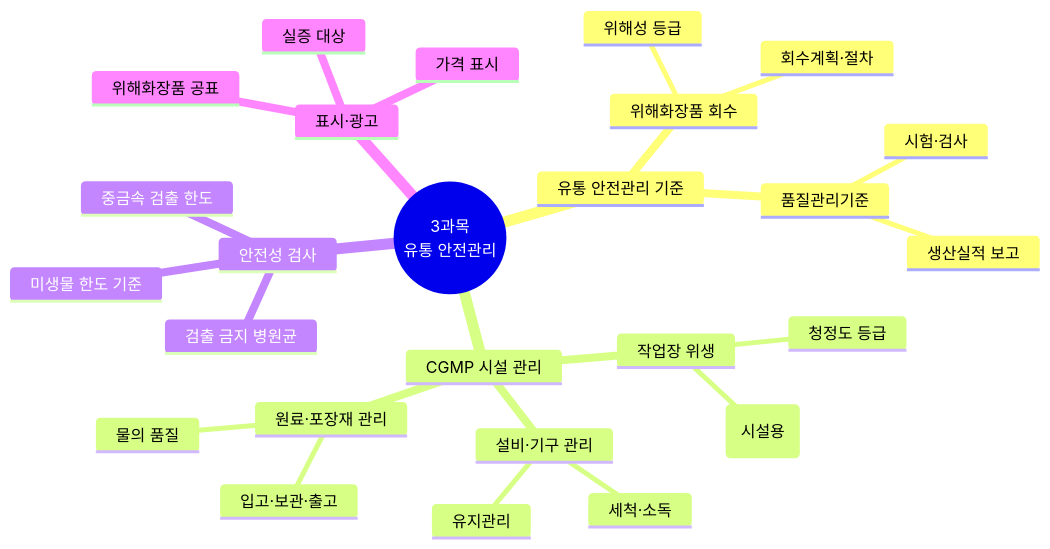
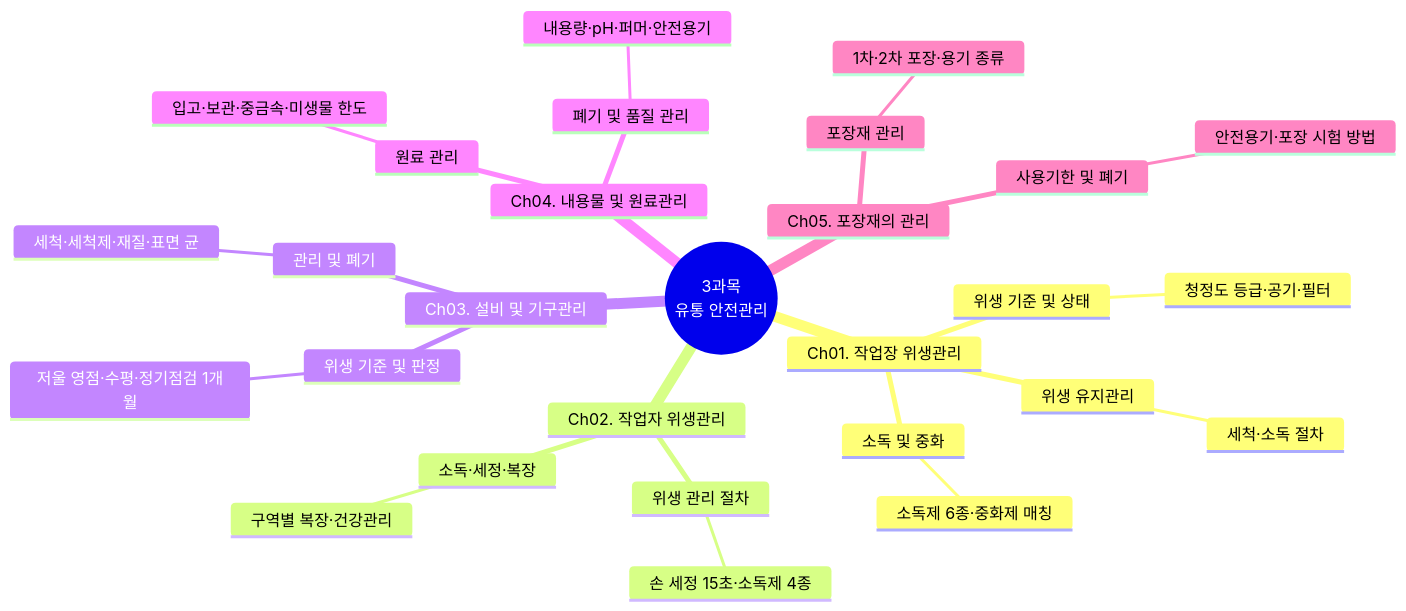
Before and after one commit to skygoldlee-cyber/Personalized_Skincare: the first of 12 diagrams in content/교재/safety/3과목_유통화장품안전관리_이야기형.md, drawn with Mermaid. The commit also changed other lines of this file and 14 other files, not shown here.

````diff
--- a/content/교재/safety/3과목_유통화장품안전관리_이야기형.md
+++ b/content/교재/safety/3과목_유통화장품안전관리_이야기형.md
@@ -231,29 +231,31 @@
 ```mermaid
 mindmap
- root((3과목<br/>유통 안전관리))
-  유통 안전관리 기준
-   위해화장품 회수
-    위해성 등급
-    회수계획·절차
-   품질관리기준
-    시험·검사
-    생산실적 보고
-  CGMP 시설 관리
-   작업장 위생
-    청정도 등급
-    소독제 6종(시설용)
-   설비·기구 관리
-    세척·소독
-    유지관리
-   원료·포장재 관리
-    입고·보관·출고
-    물의 품질
-  안전성 검사
-   중금속 검출 한도
-   미생물 한도 기준
-   검출 금지 병원균
-  표시·광고
-   실증 대상
-   가격 표시
-   위해화장품 공표
+  root((3과목<br/>유통 안전관리))
+    Ch01. 작업장 위생관리
+      위생 기준 및 상태
+        청정도 등급·공기·필터
+      위생 유지관리
+        세척·소독 절차
+      소독 및 중화
+        소독제 6종·중화제 매칭
+    Ch02. 작업자 위생관리
+      위생 관리 절차
+        손 세정 15초·소독제 4종
+      소독·세정·복장
+        구역별 복장·건강관리
+    Ch03. 설비 및 기구관리
+      위생 기준 및 판정
+        저울 영점·수평·정기점검 1개월
+      관리 및 폐기
+        세척·세척제·재질·표면 균
+    Ch04. 내용물 및 원료관리
+      원료 관리
+        입고·보관·중금속·미생물 한도
+      폐기 및 품질 관리
+        내용량·pH·퍼머·안전용기
+    Ch05. 포장재의 관리
+      포장재 관리
+        1차·2차 포장·용기 종류
+      사용기한 및 폐기
+        안전용기·포장 시험 방법
 ```
````
